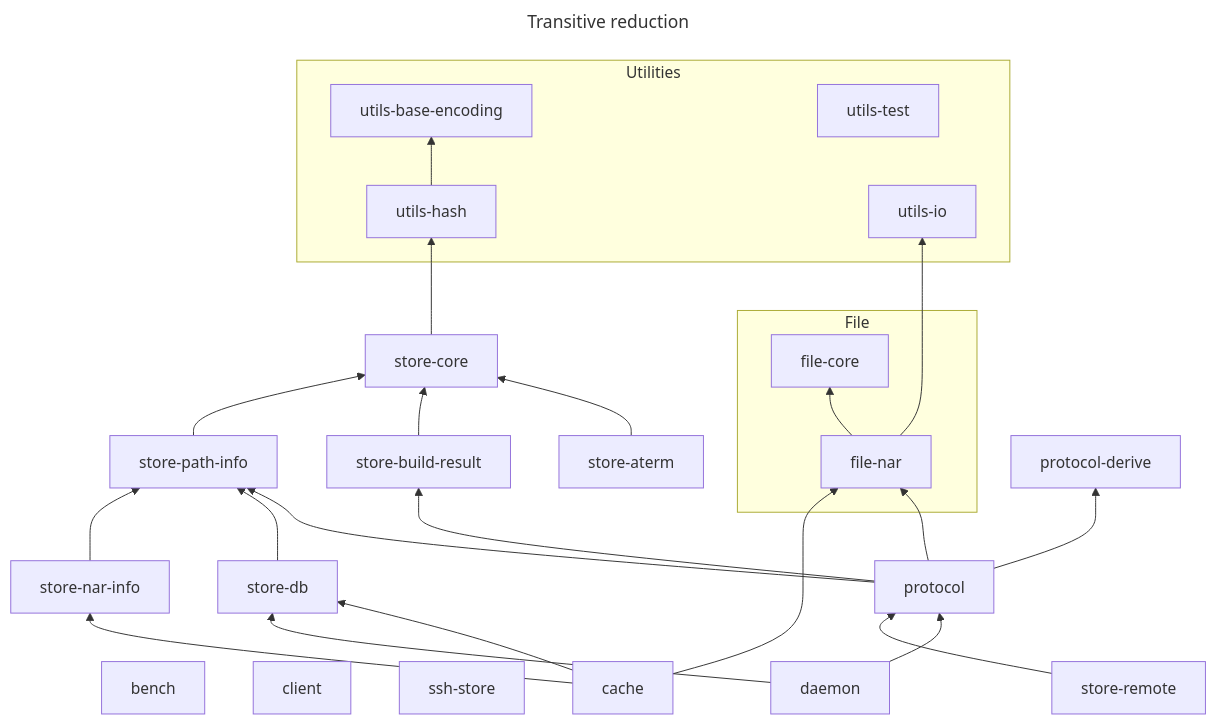
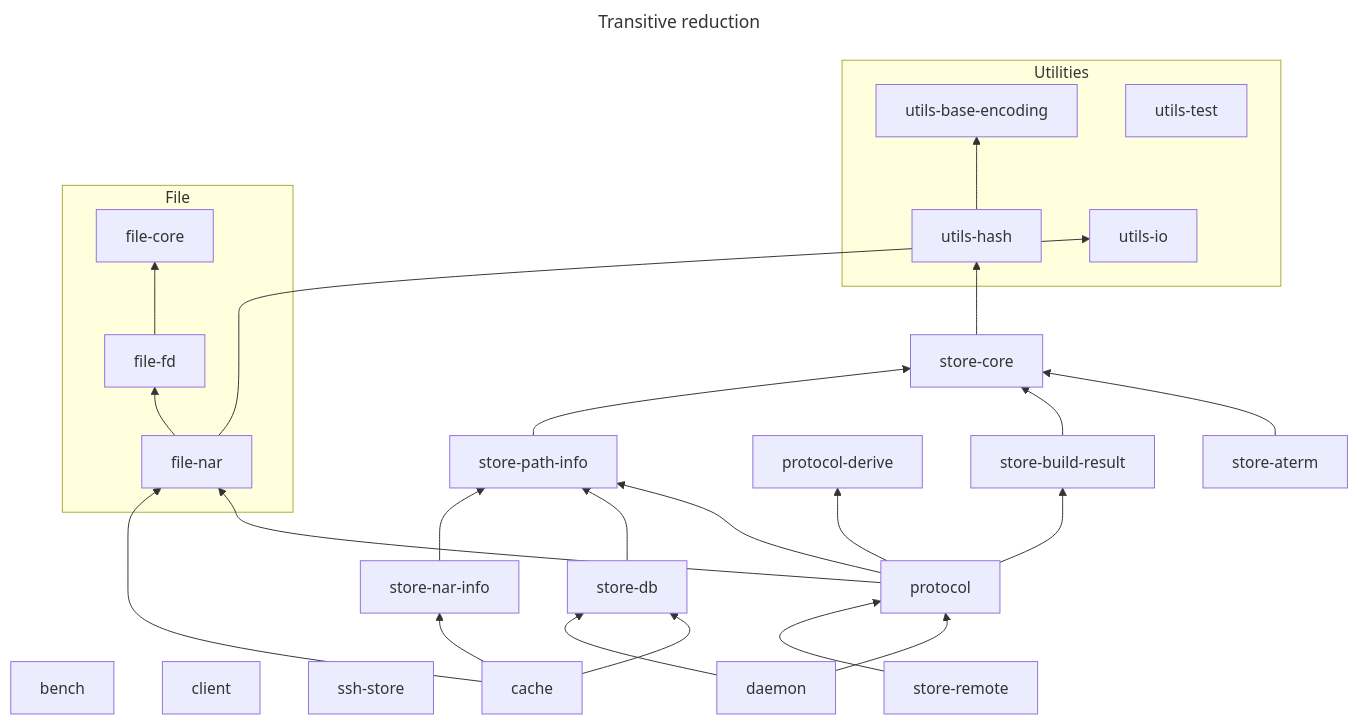
One commit to nix-community/harmonia changed the second of 2 diagrams in docs/architecture/harmonia-store-structure.md. Above: the diagram before and after it, drawn with Mermaid. The commit also changed other lines of this file and 27 other files, not shown here.

````diff
--- a/docs/architecture/harmonia-store-structure.md
+++ b/docs/architecture/harmonia-store-structure.md
@@ -135,38 +140,40 @@
 ```mermaid
 ---
 title: Transitive reduction
 ---
 graph BT
     subgraph Utilities
         utils-base-encoding
         utils-hash
         utils-io
         utils-test
     end
     subgraph File
         file-core
+        file-fd
         file-nar
     end
     bench
     client
     ssh-store
-    file-nar --> file-core
+    file-fd --> file-core
+    utils-hash --> utils-base-encoding
+    file-nar --> file-fd
     file-nar --> utils-io
-    utils-hash --> utils-base-encoding
     store-core --> utils-hash
     store-aterm --> store-core
     store-build-result --> store-core
     store-path-info --> store-core
     protocol --> file-nar
     protocol --> protocol-derive
     protocol --> store-build-result
     protocol --> store-path-info
     store-db --> store-path-info
     store-nar-info --> store-path-info
     cache --> file-nar
     cache --> store-db
     cache --> store-nar-info
     daemon --> protocol
     daemon --> store-db
     store-remote --> protocol
 ```
````
